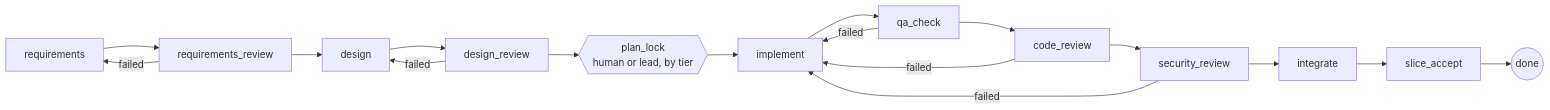
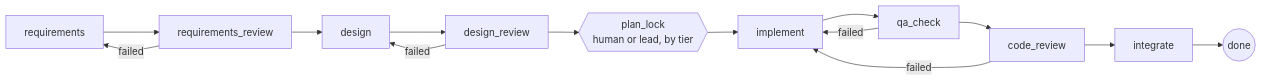
One commit to aurbanow1/url-shortener-agentic-sdlc changed the third of 4 diagrams in docs/ARCHITECTURE.md. Above: the diagram before and after it, drawn with Mermaid. The commit also changed other lines of this file and 3 other files, not shown here.

Commit message:
docs: nine-step slice, nine seats and the D7 effort split in governance, architecture, setup and the plan

````diff
--- a/docs/ARCHITECTURE.md
+++ b/docs/ARCHITECTURE.md
@@ -113,15 +113,13 @@
 ```mermaid
 flowchart LR
   REQ[requirements] --> RQR[requirements_review]
   RQR -- failed --> REQ
   RQR --> DES[design] --> DSR[design_review]
   DSR -- failed --> DES
   DSR --> PL{{plan_lock<br/>human or lead, by tier}}
   PL --> IMPL[implement] --> QA[qa_check]
   QA -- failed --> IMPL
   QA --> CR[code_review]
   CR -- failed --> IMPL
-  CR --> SEC[security_review]
-  SEC -- failed --> IMPL
-  SEC --> INT[integrate] --> ACC[slice_accept] --> DONE((done))
+  CR --> INT[integrate] --> DONE((done))
 ```
````
